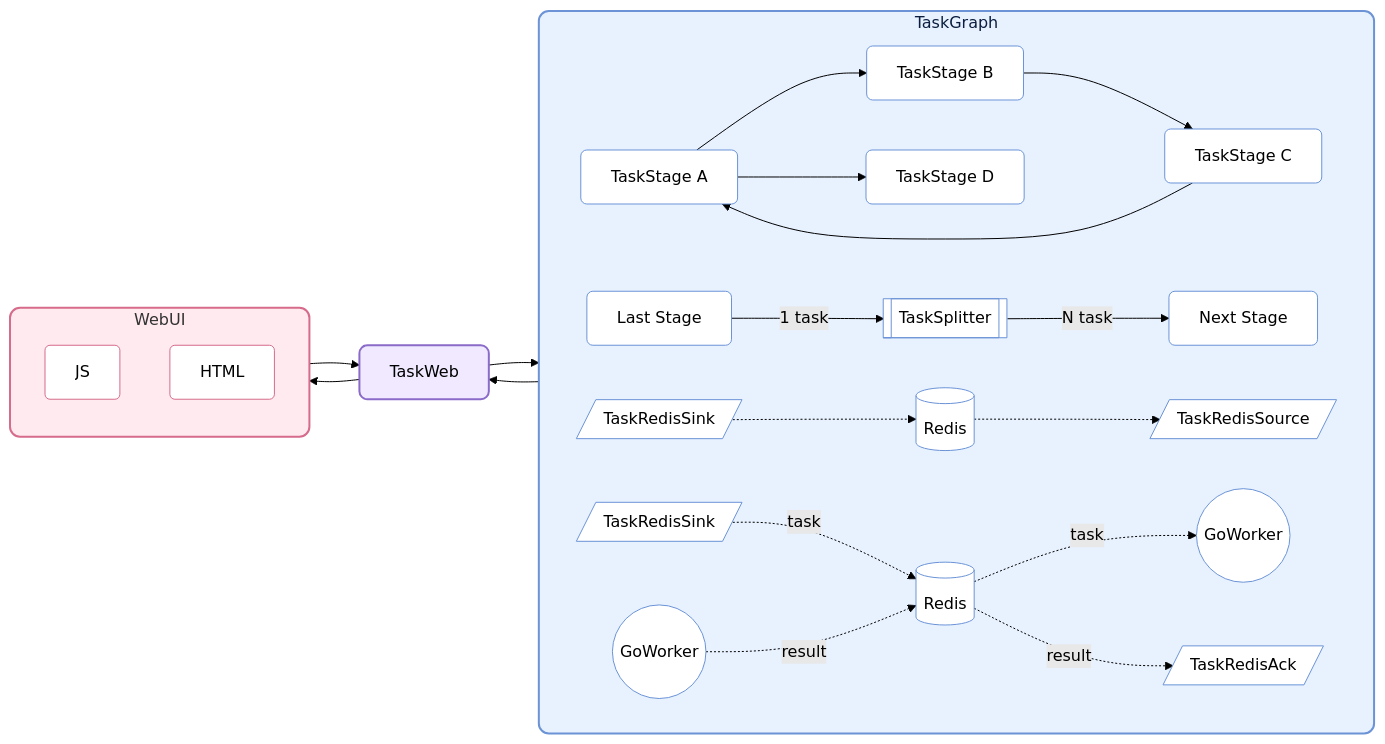
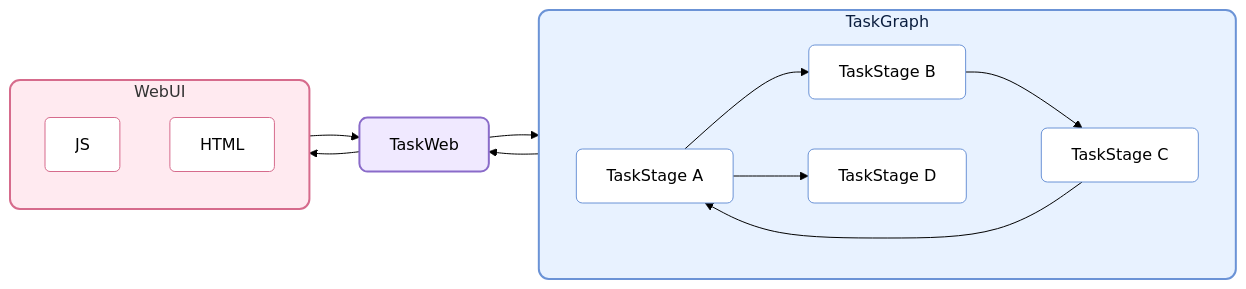
One commit to Mr-xiaotian/CelestialFlow changed the first of 2 diagrams in README.md. Above: the diagram before and after it, drawn with Mermaid (forest theme). The commit also changed other lines of this file and 3 other files, not shown here.

Commit message:
[docs] move mermaid code which about task_nodes to task_nodes.md

````diff
--- a/README.md
+++ b/README.md
@@ -46,74 +55,46 @@
 ```mermaid
 flowchart LR
 
     %% ===== TaskGraph =====
     subgraph TG[TaskGraph]
         direction LR
 
         S1[TaskStage A]
         S2[TaskStage B]
         S3[TaskStage C]
         S4[TaskStage D]
 
-        T1[Last Stage]
-        T2[Next Stage]
-
-        TS[[TaskSplitter]]
-        TRSI1[/TaskRedisSink/]
-        TRSI2[/TaskRedisSink/]
-        TRSO[/TaskRedisSource/]
-        TRA[/TaskRedisAck/]
-
-        RE1[(Redis)]
-        RE2[(Redis)]
-        G1((GoWorker))
-        G2((GoWorker))
-
         S1 --> S2 --> S3 --> S1
         S1 --> S4
-
-        T1 -->|1 task| TS
-        TS -->|N task| T2
-
-        TRSI1 -.-> RE1 -.->  TRSO
-        TRSI2 -.->|task| RE2 -.->|task| G1
-        G2 -.->|result| RE2 -.->|result| TRA
 
     end
 
     %% 美化 TaskGraph 外框
     style TG fill:#e8f2ff,stroke:#6b93d6,stroke-width:2px,color:#0b1e3f,rx:10px,ry:10px
 
     %% 统一美化格式
     classDef blueNode fill:#ffffff,stroke:#6b93d6,rx:6px,ry:6px;
 
     %% 美化 TaskStages
     class S1,S2,S3,S4 blueNode;
-    class T1,T2 blueNode;
-
-    %% 美化 特殊Stage
-    class TS,TRA,TRSI1,TRSI2,TRSO blueNode;
-
-    %% 美化 外部结构
-    class RE1,RE2,G1,G2 blueNode;
 
     %% ===== WebUI =====
     subgraph W[WebUI]
         JS
         HTML
     end
 
     style W fill:#ffeaf0,stroke:#d66b8c,stroke-width:2px,rx:10px,ry:10px
     style JS fill:#ffffff,stroke:#d66b8c,rx:5px,ry:5px
     style HTML fill:#ffffff,stroke:#d66b8c,rx:5px,ry:5px
 
     R[TaskWeb]
     style R fill:#f0e9ff,stroke:#8a6bc9,stroke-width:2px,rx:8px,ry:8px
 
     %% ===== Links =====
     TG --> R 
     R --> TG 
     R --> W
     W --> R
 
 ```
````
